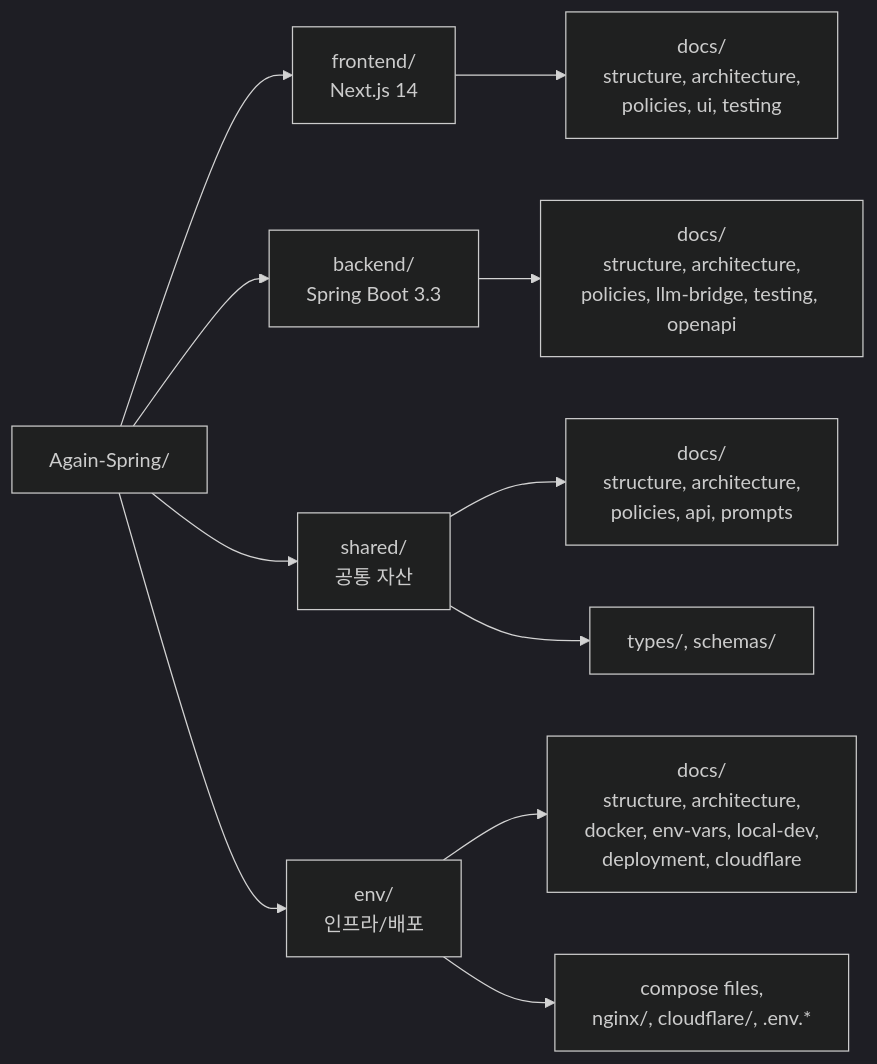
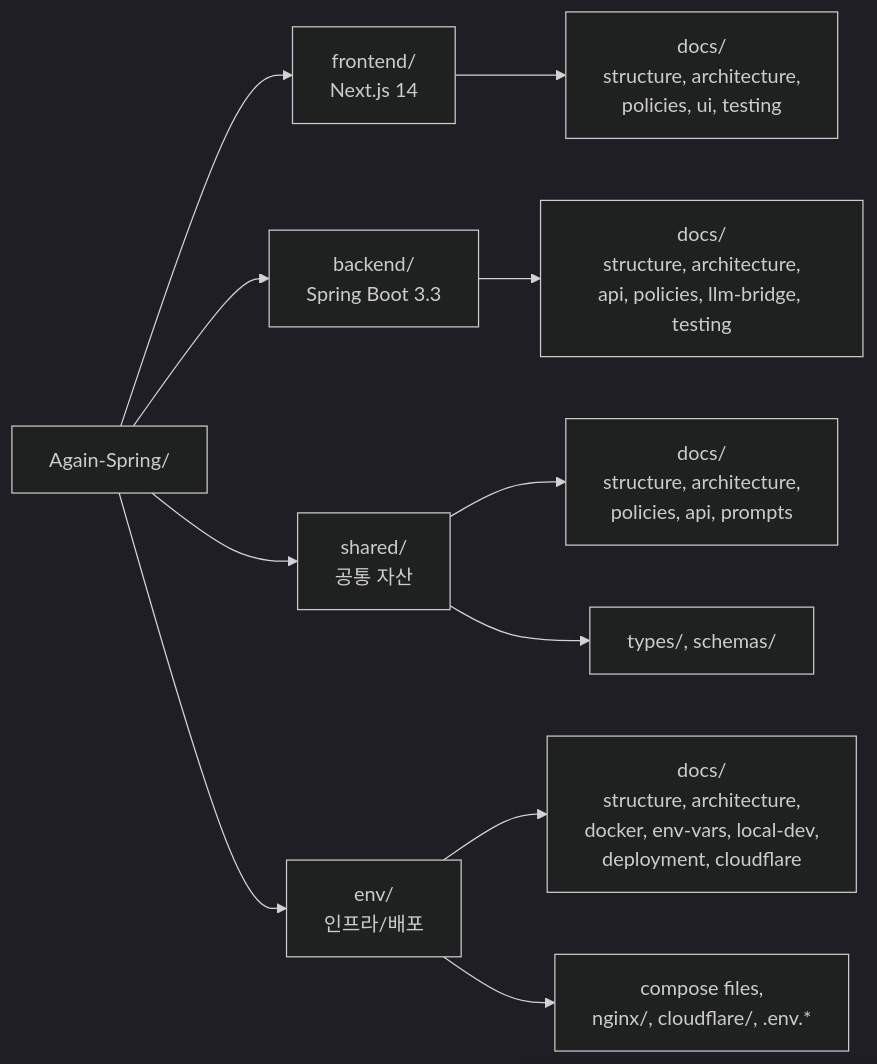
The diagram in shared/docs/structure.md (Justant-source/Again-Spring), drawn with Mermaid (dark theme) before and after one commit. The commit also changed other lines of this file and 58 other files, not shown here.

````diff
--- a/shared/docs/structure.md
+++ b/shared/docs/structure.md
@@ -3,15 +3,15 @@
 ```mermaid
 flowchart LR
     Root[Again-Spring/]
     Root --> FE[frontend/<br/>Next.js 14]
     Root --> BE[backend/<br/>Spring Boot 3.3]
     Root --> Shared[shared/<br/>공통 자산]
     Root --> Env[env/<br/>인프라/배포]
 
     FE --> FE_docs[docs/<br/>structure, architecture,<br/>policies, ui, testing]
-    BE --> BE_docs[docs/<br/>structure, architecture,<br/>policies, llm-bridge, testing, openapi]
+    BE --> BE_docs[docs/<br/>structure, architecture,<br/>api, policies, llm-bridge, testing]
     Shared --> S_docs[docs/<br/>structure, architecture,<br/>policies, api, prompts]
     Shared --> S_types[types/, schemas/]
     Env --> E_docs[docs/<br/>structure, architecture,<br/>docker, env-vars, local-dev,<br/>deployment, cloudflare]
     Env --> E_compose[compose files,<br/>nginx/, cloudflare/, .env.*]
 ```
````
